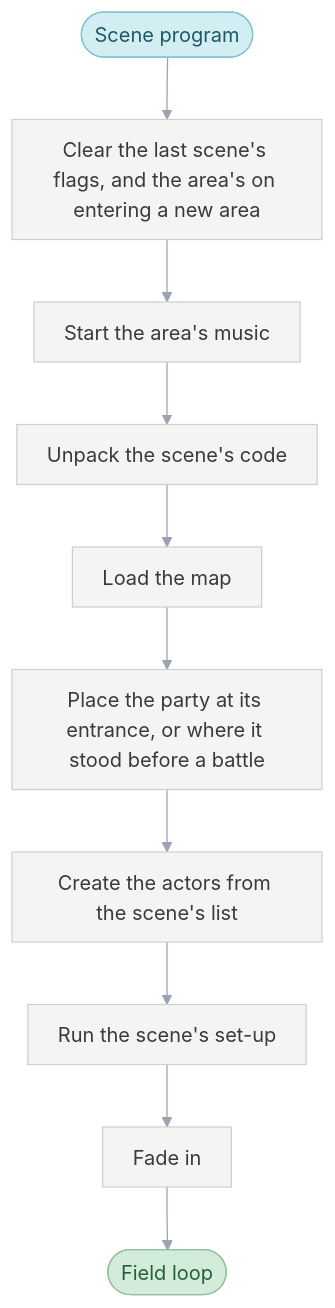
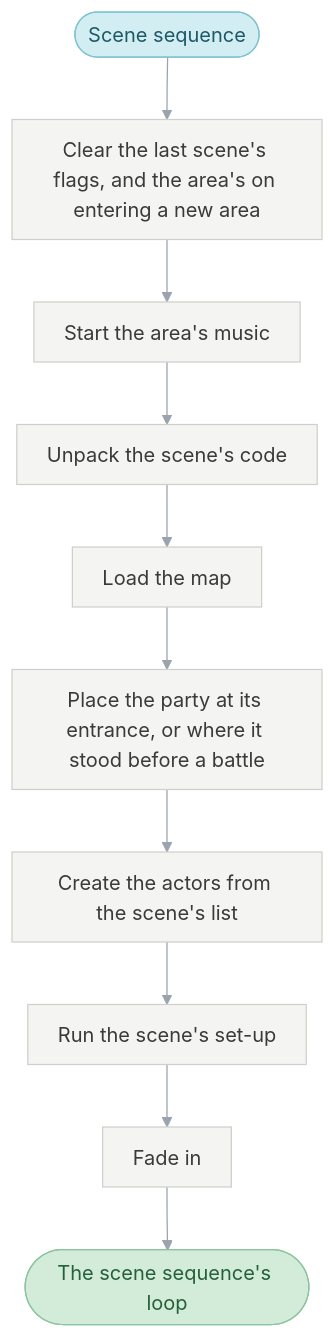
Before and after one commit to PascalPixel/alchemy: the fifth of 9 diagrams in games/tbs/README.md, drawn with Mermaid. The commit also changed other lines of this file and 99 other files, not shown here.

````diff
--- a/games/tbs/README.md
+++ b/games/tbs/README.md
@@ -258,18 +261,18 @@
 ```mermaid
 %%{init: {"theme": "base", "themeVariables": {"lineColor": "#9AA3AE", "edgeLabelBackground": "#FFFFFF"}, "flowchart": {"curve": "basis", "padding": 12}}}%%
 flowchart TD
-  pick(["Scene program"]) --> arrive["Clear the last scene's flags, and the area's on entering a new area"]
+  pick(["Scene sequence"]) --> arrive["Clear the last scene's flags, and the area's on entering a new area"]
   arrive --> music["Start the area's music"] --> code["Unpack the scene's code"]
   code --> map["Load the map"] --> place["Place the party at its entrance, or where it stood before a battle"]
   place --> actors["Create the actors from the scene's list"] --> own["Run the scene's set-up"]
-  own --> fade["Fade in"] --> run(["Field loop"])
-  classDef monitor fill:#DDE3EC,stroke:#8FA0B8,color:#2E3C50
-  classDef sceneProgram fill:#D2EEF3,stroke:#7FC3D0,color:#1E5966
+  own --> fade["Fade in"] --> run(["The scene sequence's loop"])
+  classDef parentSequence fill:#DDE3EC,stroke:#8FA0B8,color:#2E3C50
+  classDef sceneSequence fill:#D2EEF3,stroke:#7FC3D0,color:#1E5966
   classDef battle fill:#F6D5D2,stroke:#D9928B,color:#8A2A22
-  classDef sceneManager fill:#D3EBD9,stroke:#8DC49E,color:#25603A
+  classDef sceneLoop fill:#D3EBD9,stroke:#8DC49E,color:#25603A
   classDef request fill:#FBE7C6,stroke:#E0B46A,color:#7A5212
   classDef step fill:#F4F4F2,stroke:#CFCFCB,color:#3A3A38
-  class pick sceneProgram
-  class run sceneManager
+  class pick sceneSequence
+  class run sceneLoop
   class arrive,music,code,map,place,actors,own,fade step
 ```
````
